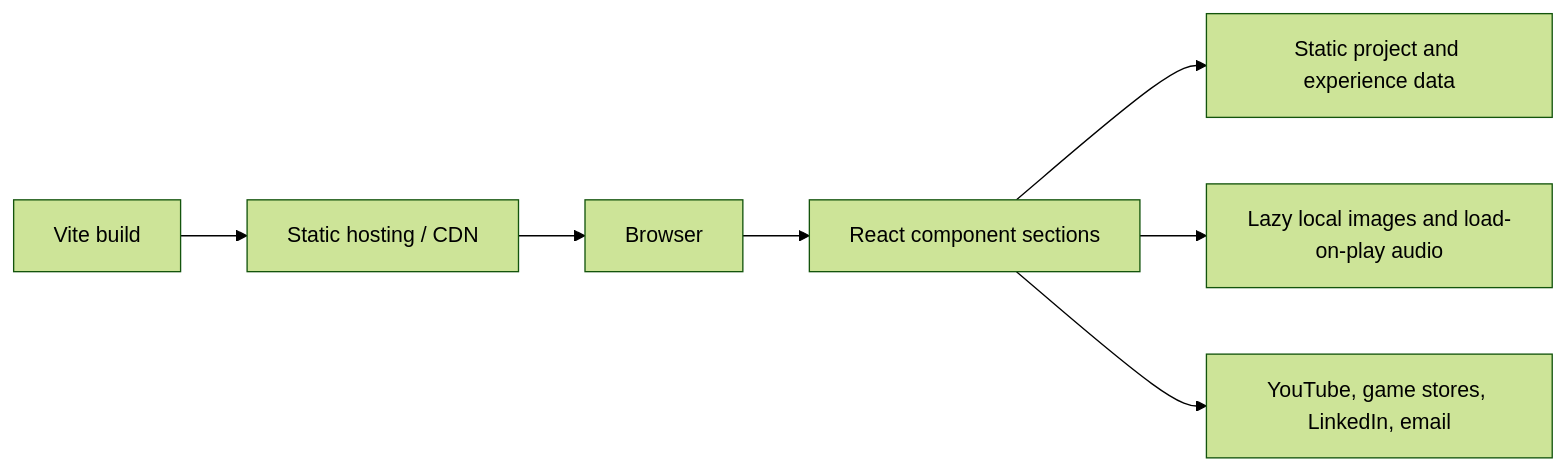
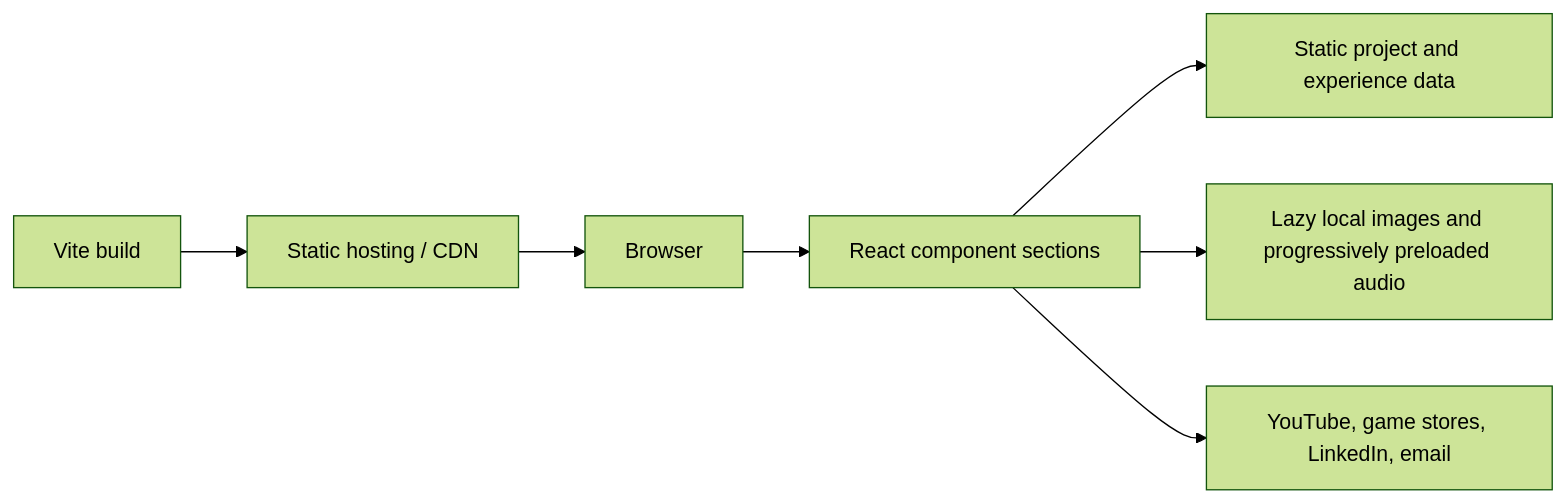
One commit to akhil-star/swapnil-sinha-game-audio-portfolio changed the diagram in README.md. Above: the diagram before and after it, drawn with Mermaid (forest theme). The commit also changed other lines of this file and 29 other files, not shown here.

````diff
--- a/README.md
+++ b/README.md
@@ -14,9 +14,9 @@
 ```mermaid
 flowchart LR
   Browser[Browser] --> App[React component sections]
   App --> Data[Static project and experience data]
-  App --> Media[Lazy local images and load-on-play audio]
+  App --> Media[Lazy local images and progressively preloaded audio]
   App --> External[YouTube, game stores, LinkedIn, email]
   Build[Vite build] --> Static[Static hosting / CDN]
   Static --> Browser
 ```
````
